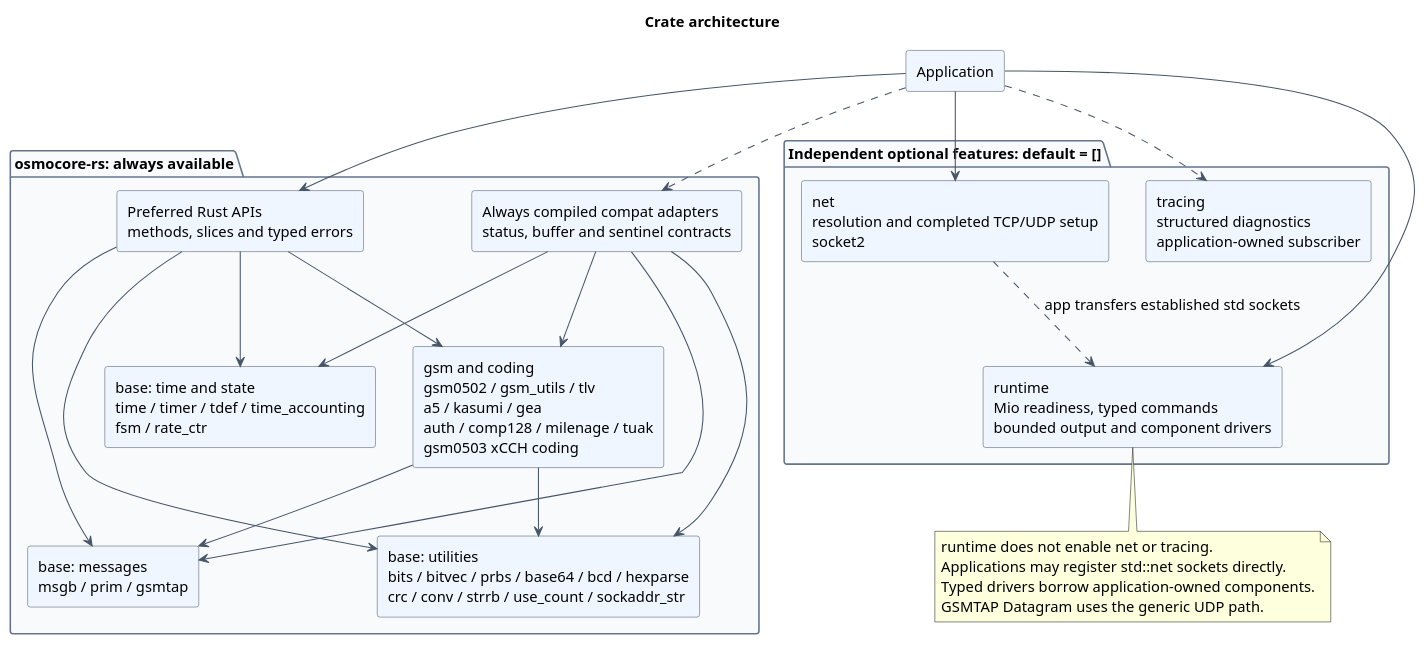
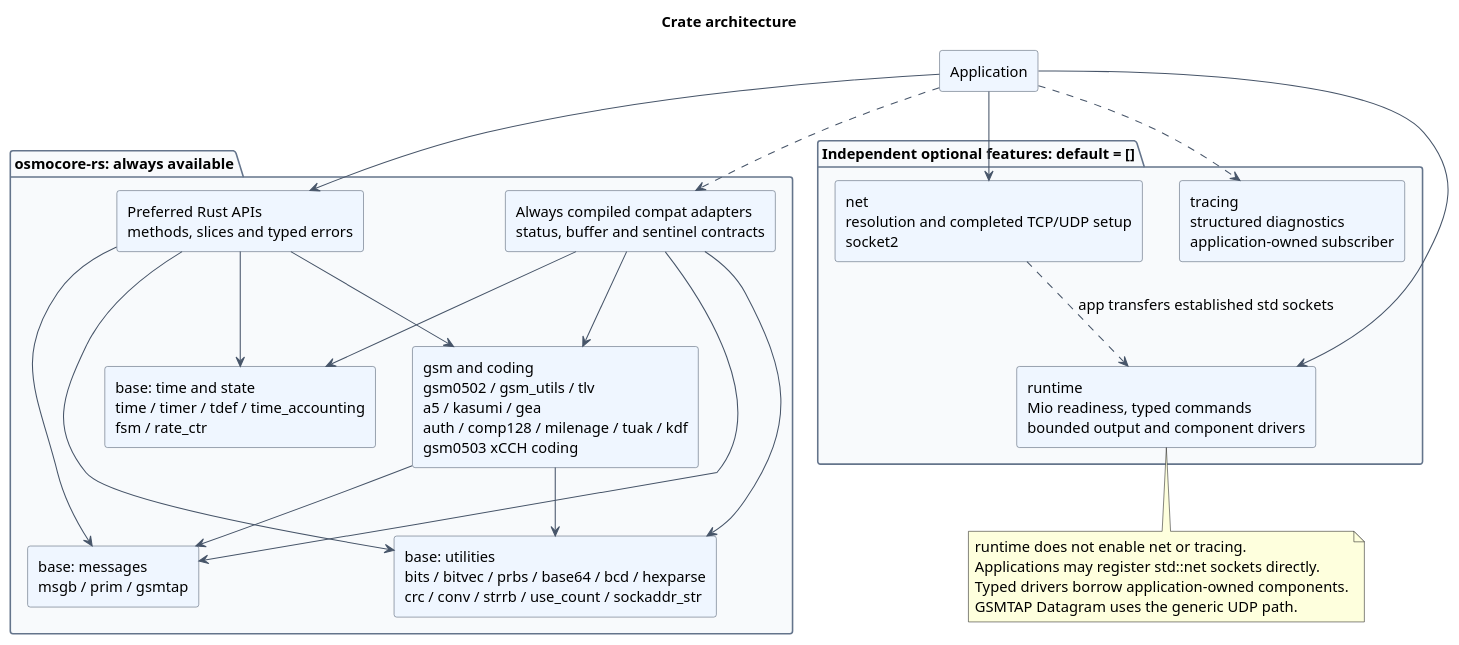
Before and after one commit to Silent-Wolf-Labs/osmocore-rs: the diagram in docs/architecture/diagrams/src/crate-architecture.puml, drawn with PlantUML. The commit also changed 25 other files, not shown here.

```diff
--- a/docs/architecture/diagrams/src/crate-architecture.puml
+++ b/docs/architecture/diagrams/src/crate-architecture.puml
@@ -1,50 +1,50 @@
 @startuml
 title Crate architecture
 skinparam backgroundColor white
 skinparam shadowing false
 skinparam componentStyle rectangle
 skinparam defaultFontName SansSerif
 skinparam defaultFontSize 14
 skinparam ArrowColor #475569
 skinparam componentBackgroundColor #EFF6FF
 skinparam componentBorderColor #475569
 skinparam packageBackgroundColor #F8FAFC
 skinparam packageBorderColor #64748B
 top to bottom direction
 component "Application" as app
 package "osmocore-rs: always available" {
 component "Preferred Rust APIs\nmethods, slices and typed errors" as preferred
 component "Always compiled compat adapters\nstatus, buffer and sentinel contracts" as compat
 component "base: utilities\nbits / bitvec / prbs / base64 / bcd / hexparse\ncrc / conv / strrb / use_count / sockaddr_str" as utilities
 component "base: messages\nmsgb / prim / gsmtap" as messages
 component "base: time and state\ntime / timer / tdef / time_accounting\nfsm / rate_ctr" as components
-component "gsm and coding\ngsm0502 / gsm_utils / tlv\na5 / kasumi / gea\nauth / comp128 / milenage / tuak\ngsm0503 xCCH coding" as gsm
+component "gsm and coding\ngsm0502 / gsm_utils / tlv\na5 / kasumi / gea\nauth / comp128 / milenage / tuak / kdf\ngsm0503 xCCH coding" as gsm
 }
 package "Independent optional features: default = []" {
 component "net\nresolution and completed TCP/UDP setup\nsocket2" as net
 component "runtime\nMio readiness, typed commands\nbounded output and component drivers" as runtime
 component "tracing\nstructured diagnostics\napplication-owned subscriber" as tracing
 }
 app --> preferred
 app ..> compat
 preferred --> utilities
 preferred --> gsm
 preferred --> messages
 preferred --> components
 compat --> utilities
 compat --> gsm
 compat --> messages
 compat --> components
 gsm --> utilities
 gsm --> messages
 app --> net
 app --> runtime
 app ..> tracing
 net ..> runtime : app transfers established std sockets
 note bottom of runtime
 runtime does not enable net or tracing.
 Applications may register std::net sockets directly.
 Typed drivers borrow application-owned components.
 GSMTAP Datagram uses the generic UDP path.
 end note
 @enduml
```
